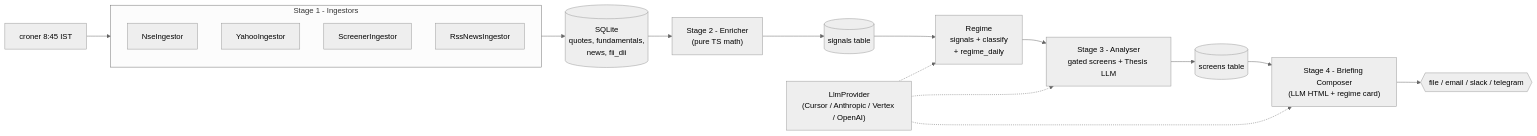
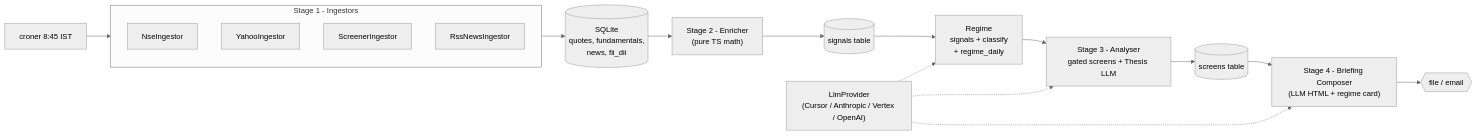
One commit to Shubhamjain2908/market-pulse-AI changed the diagram in README.md. Above: the diagram before and after it, drawn with Mermaid (neutral theme). The commit also changed 11 other files, not shown here.

````diff
--- a/README.md
+++ b/README.md
@@ -96,21 +96,21 @@
 ```mermaid
 flowchart LR
     Cron["croner 8:45 IST"] --> Ingest
     subgraph Ingest [Stage 1 - Ingestors]
         NSE[NseIngestor]
         Yahoo[YahooIngestor]
         Screener[ScreenerIngestor]
         RSS[RssNewsIngestor]
     end
     Ingest --> DB[("SQLite<br/>quotes, fundamentals,<br/>news, fii_dii")]
     DB --> Enrich["Stage 2 - Enricher<br/>(pure TS math)"]
     Enrich --> SignalsDB[("signals table")]
     SignalsDB --> Regime["Regime<br/>signals + classify<br/>+ regime_daily"]
     Regime --> Analyse["Stage 3 - Analyser<br/>gated screens + Thesis LLM"]
     Analyse --> ScreensDB[("screens table")]
     ScreensDB --> Brief["Stage 4 - Briefing Composer<br/>(LLM HTML + regime card)"]
-    Brief --> Deliver{{"file / email / slack / telegram"}}
+    Brief --> Deliver{{"file / email"}}
     LlmAbstraction["LlmProvider<br/>(Cursor / Anthropic / Vertex / OpenAI)"] -.-> Regime
     LlmAbstraction -.-> Analyse
     LlmAbstraction -.-> Brief
 ```
````
